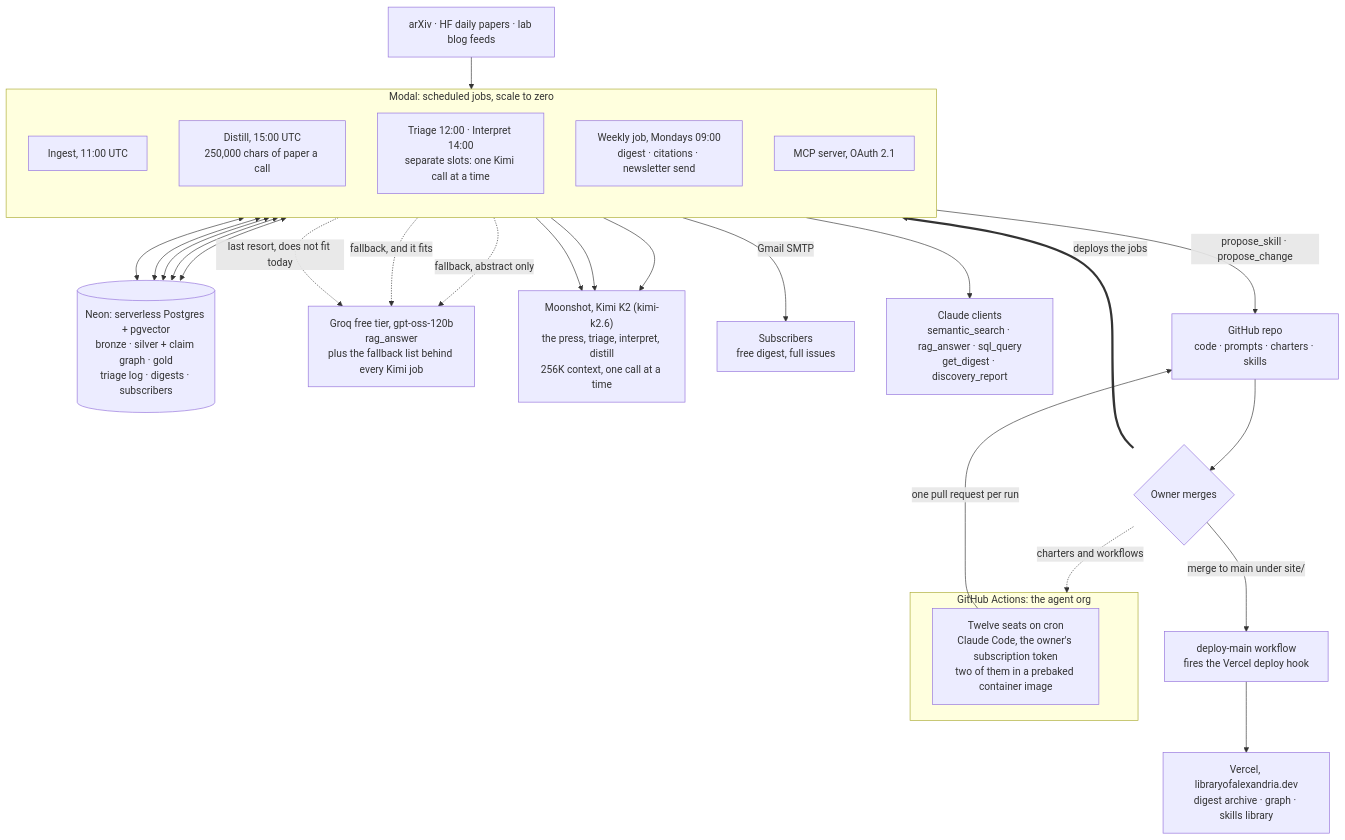
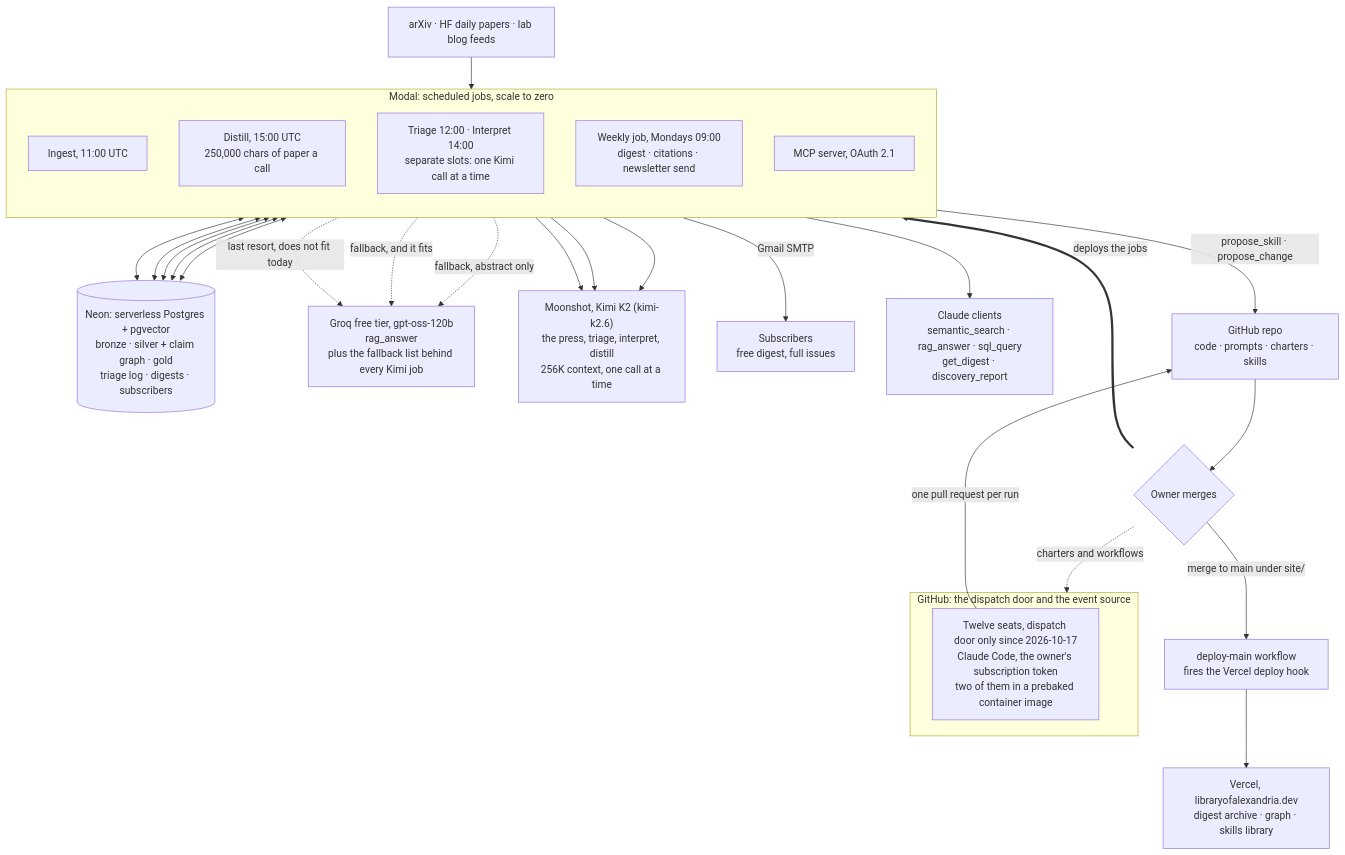
The second of 2 diagrams in README.md (alexandrapaiz/alexandria), drawn with Mermaid before and after one commit. The commit also changed other lines of this file and 1 other file, not shown here.

First line of the commit message:
README: the clock left GitHub, so the two diagrams and six prose claims that said otherwise are corrected

````diff
--- a/README.md
+++ b/README.md
@@ -185,42 +193,42 @@
 ```mermaid
 flowchart TB
     FEEDS["arXiv · HF daily papers · lab blog feeds"]
     NEON[("Neon: serverless Postgres + pgvector<br/>bronze · silver + claim graph · gold<br/>triage log · digests · subscribers")]
     GROQ["Groq free tier, gpt-oss-120b<br/>rag_answer<br/>plus the fallback list behind every Kimi job"]
     KIMI["Moonshot, Kimi K2 (kimi-k2.6)<br/>the press, triage, interpret, distill<br/>256K context, one call at a time"]
 
     subgraph MODAL["Modal: scheduled jobs, scale to zero"]
         direction TB
         INGEST["Ingest, 11:00 UTC"]
         DISTILL["Distill, 15:00 UTC<br/>250,000 chars of paper a call"]
         DAILY["Triage 12:00 · Interpret 14:00<br/>separate slots: one Kimi call at a time"]
         WK2["Weekly job, Mondays 09:00<br/>digest · citations · newsletter send"]
         MCP2["MCP server, OAuth 2.1"]
     end
 
-    subgraph GHA["GitHub Actions: the agent org"]
-        SEATS["Twelve seats on cron<br/>Claude Code, the owner's subscription token<br/>two of them in a prebaked container image"]
+    subgraph GHA["GitHub: the dispatch door and the event source"]
+        SEATS["Twelve seats, dispatch door only since 2026-10-17<br/>Claude Code, the owner's subscription token<br/>two of them in a prebaked container image"]
     end
 
     FEEDS --> INGEST
     INGEST <--> NEON
     DISTILL <--> NEON
     DAILY <--> NEON
     WK2 <--> NEON
     MCP2 <--> NEON
     DISTILL --> KIMI
     DISTILL -.->|"fallback, abstract only"| GROQ
     DAILY --> KIMI
     DAILY -.->|"fallback, and it fits"| GROQ
     WK2 --> KIMI
     WK2 -.->|"last resort, does not fit today"| GROQ
     WK2 -->|"Gmail SMTP"| SUBS["Subscribers<br/>free digest, full issues"]
     MCP2 --> CLIENTS["Claude clients<br/>semantic_search · rag_answer · sql_query<br/>get_digest · discovery_report"]
     MCP2 -->|"propose_skill · propose_change"| GH
     SEATS -->|"one pull request per run"| GH["GitHub repo<br/>code · prompts · charters · skills"]
     GH --> OWNER{"Owner merges"}
     OWNER ==>|"deploys the jobs"| MODAL
     OWNER -->|"merge to main under site/"| HOOK["deploy-main workflow<br/>fires the Vercel deploy hook"]
     HOOK --> SITE["Vercel, libraryofalexandria.dev<br/>digest archive · graph · skills library"]
     OWNER -.->|"charters and workflows"| GHA
 ```
````
